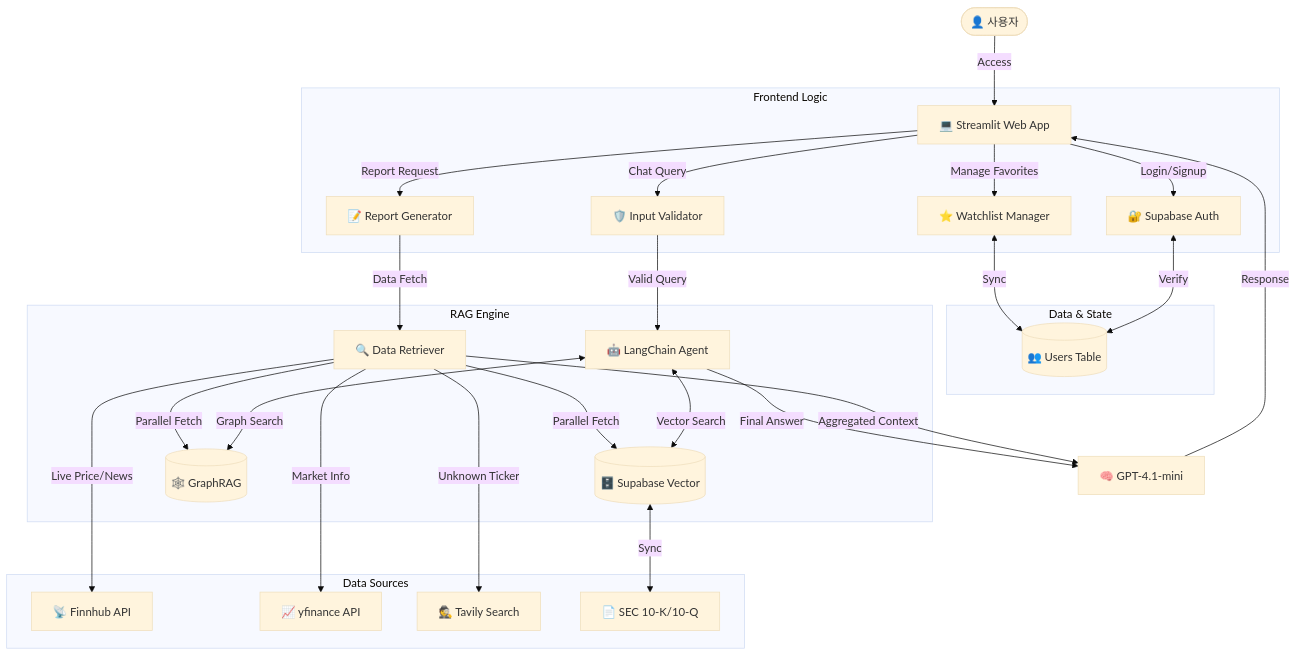
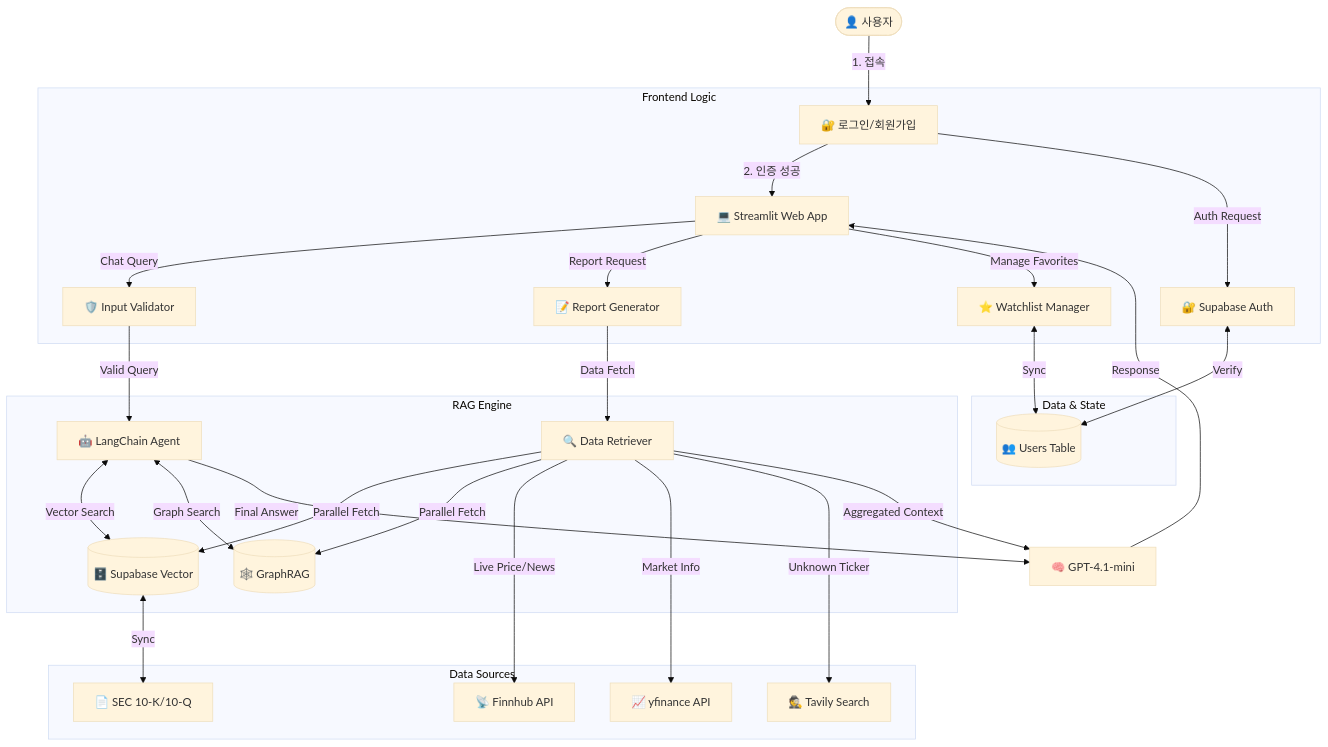
Before and after one commit to SKNETWORKS-FAMILY-AICAMP/SKN22-3rd-4Team: the diagram in README.md, drawn with Mermaid (base theme). The commit also changed other lines of this file, not shown here.

Commit message:
Update README with project details and features

````diff
--- a/README.md
+++ b/README.md
@@ -29,38 +29,39 @@
 ```mermaid
 graph TD
-    User([👤 사용자]) -->|Access| UI[💻 Streamlit Web App]
+    User([👤 사용자]) -->|1. 접속| Login[🔐 로그인/회원가입]
+    Login -->|2. 인증 성공| UI[💻 Streamlit Web App]
     
     subgraph Frontend Logic
-        UI -->|Login/Signup| Auth[🔐 Supabase Auth]
+        Login -->|Auth Request| Auth[🔐 Supabase Auth]
         UI -->|Chat Query| Validator[🛡️ Input Validator]
         UI -->|Report Request| ReportGen[📝 Report Generator]
         UI -->|Manage Favorites| Watchlistmgr[⭐ Watchlist Manager]
     end
 
     subgraph Data & State
         Auth <-->|Verify| UserDB[(👥 Users Table)]
         Watchlistmgr <-->|Sync| UserDB
     end
 
     subgraph RAG Engine
         Validator -->|Valid Query| Agent[🤖 LangChain Agent]
         ReportGen -->|Data Fetch| Retriever[🔍 Data Retriever]
         
         Agent <-->|Vector Search| VectorDB[(🗄️ Supabase Vector)]
         Agent <-->|Graph Search| GraphDB[(🕸️ GraphRAG)]
         
         Retriever -->|Parallel Fetch| VectorDB
         Retriever -->|Parallel Fetch| GraphDB
     end
 
     subgraph Data Sources
         Retriever -->|Live Price/News| Finnhub[📡 Finnhub API]
         Retriever -->|Market Info| Yahoo[📈 yfinance API]
         Retriever -->|Unknown Ticker| Tavily[🕵️ Tavily Search]
         VectorDB <-->|Sync| SEC[📄 SEC 10-K/10-Q]
     end
 
     Retriever -->|Aggregated Context| LLM[🧠 GPT-4.1-mini]
     Agent -->|Final Answer| LLM
     LLM -->|Response| UI
 ```
````
